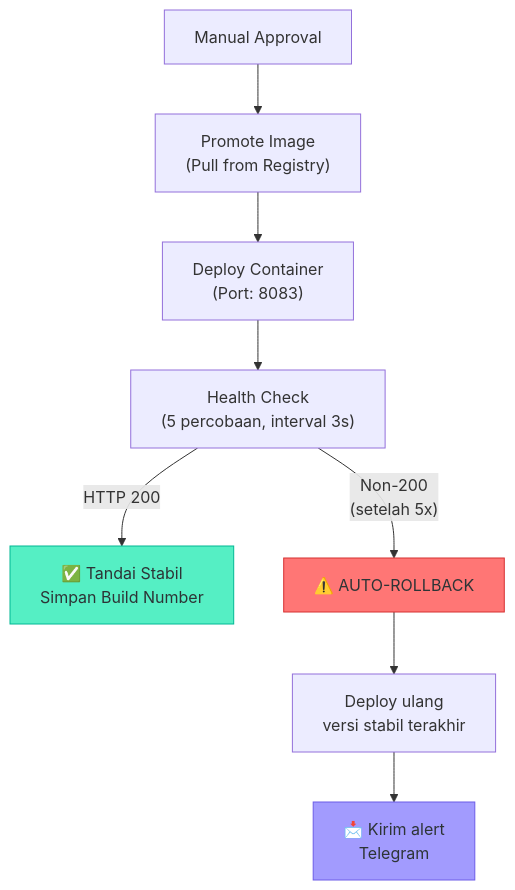
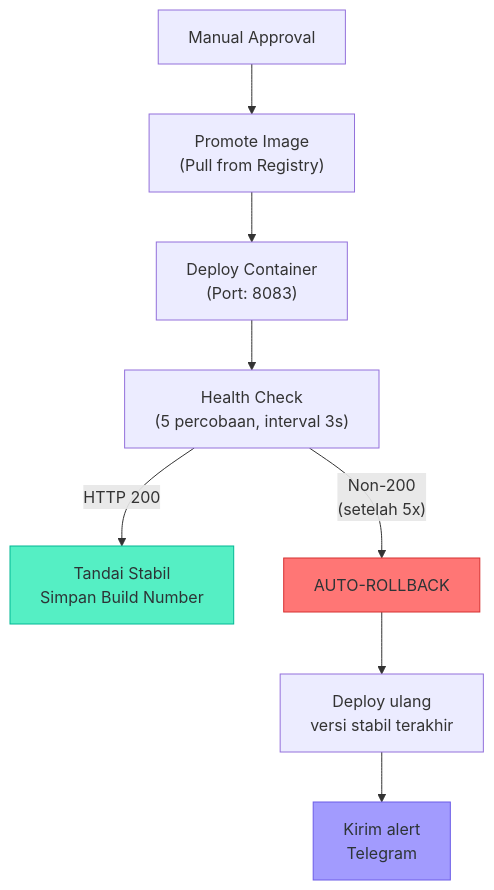
One commit to jordanvieno/Project-Magang changed the fourth of 5 diagrams in README.md. Above: the diagram before and after it, drawn with Mermaid. The commit also changed other lines of this file, not shown here.

````diff
--- a/README.md
+++ b/README.md
@@ -354,14 +381,14 @@
 ```mermaid
 flowchart TB
     A["Manual Approval"] --> B["Promote Image<br/>(Pull from Registry)"]
     B --> C["Deploy Container<br/>(Port: 8083)"]
     C --> D["Health Check<br/>(5 percobaan, interval 3s)"]
-    D -->|"HTTP 200"| E["✅ Tandai Stabil<br/>Simpan Build Number"]
-    D -->|"Non-200<br/>(setelah 5x)"| F["⚠️ AUTO-ROLLBACK"]
+    D -->|"HTTP 200"| E["Tandai Stabil<br/>Simpan Build Number"]
+    D -->|"Non-200<br/>(setelah 5x)"| F["AUTO-ROLLBACK"]
     F --> G["Deploy ulang<br/>versi stabil terakhir"]
-    G --> H["📩 Kirim alert<br/>Telegram"]
+    G --> H["Kirim alert<br/>Telegram"]
 
     style E fill:#55efc4,stroke:#00b894,color:#2d3436
     style F fill:#ff7675,stroke:#d63031,color:#2d3436
     style H fill:#a29bfe,stroke:#6c5ce7,color:#2d3436
 ```
````
